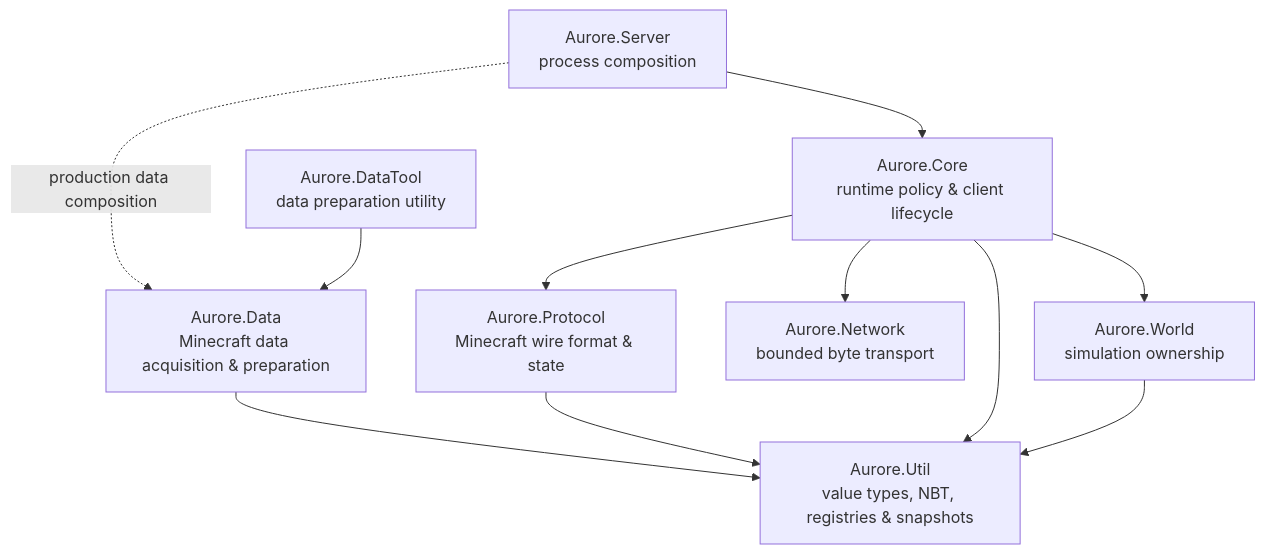
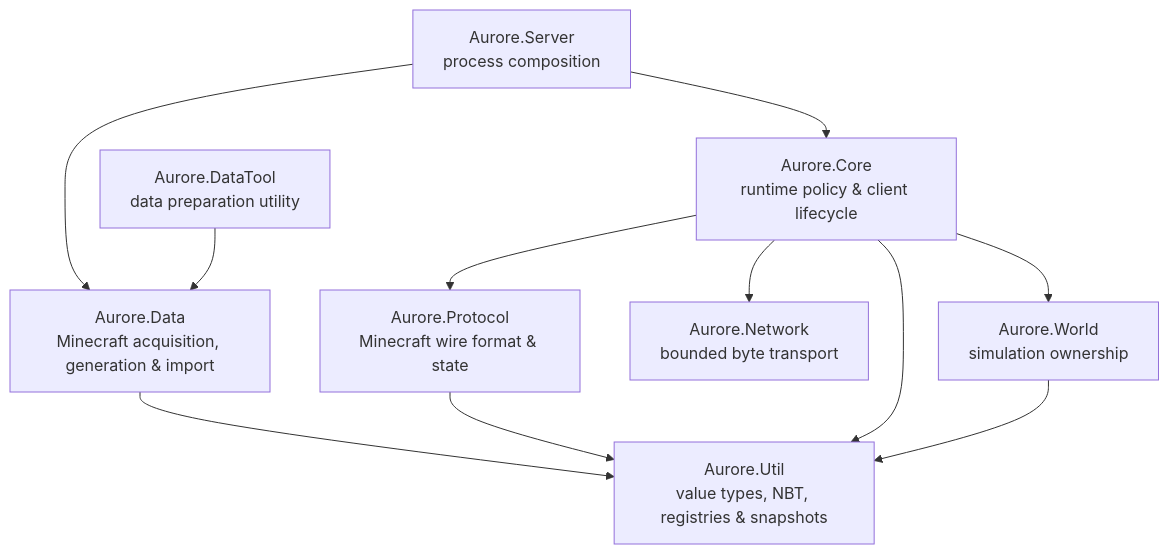
Before and after one commit to ZettaBite4031/Aurore: the diagram in README.md, drawn with Mermaid. The commit also changed other lines of this file, not shown here.

````diff
--- a/README.md
+++ b/README.md
@@ -116,27 +155,27 @@
 ```mermaid
 flowchart TD
     Server["Aurore.Server<br/>process composition"]
 
-    Data["Aurore.Data<br/>Minecraft data acquisition & preparation"]
+    Data["Aurore.Data<br/>Minecraft acquisition, generation & import"]
     Core["Aurore.Core<br/>runtime policy & client lifecycle"]
     Protocol["Aurore.Protocol<br/>Minecraft wire format & state"]
     Network["Aurore.Network<br/>bounded byte transport"]
     World["Aurore.World<br/>simulation ownership"]
     Util["Aurore.Util<br/>value types, NBT, registries & snapshots"]
 
     DataTool["Aurore.DataTool<br/>data preparation utility"]
 
     Server --> Core
-    Server -. production data composition .-> Data
+    Server --> Data
 
     DataTool --> Data
 
     Core --> Protocol
     Core --> Network
     Core --> World
 
     Data --> Util
     Protocol --> Util
     Core --> Util
     World --> Util
 ```
````
